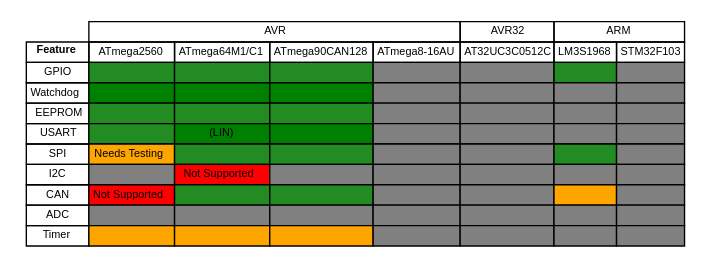
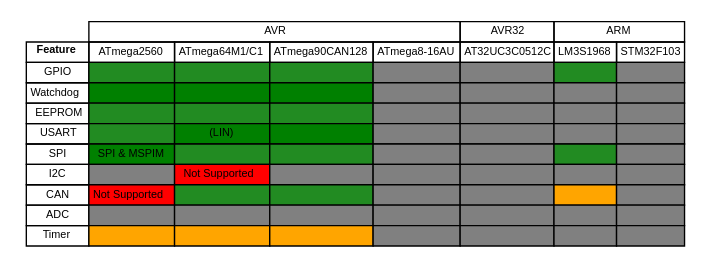
The diagram in doc/zim-valleyforge/HAL/img/support-table.dot (Aeronavics/ValleyForge), drawn with Graphviz before and after one commit. The commit also changed 3 other files, not shown here.

Commit message:
Tested MSPIM mode and fixed implementation so that it actually works. Support table updated to reflect that the SPI module is ready to use. The USART_INT_TX_COMPLETE interrupt now triggers on USART TXC, not UDR.

```diff
--- a/doc/zim-valleyforge/HAL/img/support-table.dot
+++ b/doc/zim-valleyforge/HAL/img/support-table.dot
@@ -1,123 +1,123 @@
 digraph structs {
 node [shape=plaintext]
 struct1 [label=<
 <FONT POINT-SIZE="8" FACE="sans-serif">
 <TABLE BORDER="0" CELLBORDER="1" CELLSPACING="0" CELLPADDING="2">
 
 <!-- Implemented and Tested: 	green -->
 <!-- Implemented: 		forestgreen -->
 <!-- Work-in-progress: 		orange -->
 <!-- Started: 			skyblue -->
 <!-- Not yet started: 		gray -->
 <!-- Not supported: 		red -->
 
 
 <tr><td color="white"></td>
 	<td colspan="4">AVR</td>
 	<td colspan="1">AVR32</td>
 	<td colspan="2">ARM</td>
 </tr>
 
 <tr><td><b>Feature</b></td>
 	<td>ATmega2560</td>
 	<td>ATmega64M1/C1</td>
 	<td>ATmega90CAN128</td>
 	<td>ATmega8-16AU</td>
 	<td>AT32UC3C0512C</td>
 	<td>LM3S1968</td>
 	<td>STM32F103</td>
 </tr>
 
 <tr><td>GPIO</td>
 	<td bgcolor="forestgreen"></td>
 	<td bgcolor="forestgreen"></td>
 	<td bgcolor="forestgreen"></td>
 	<td bgcolor="gray"></td>
 	<td bgcolor="gray"></td>
 	<td bgcolor="forestgreen"></td>
 	<td bgcolor="gray"></td>
 </tr>
 
 <tr><td>Watchdog</td>
 	<td bgcolor="green"></td>
 	<td bgcolor="green"></td>
 	<td bgcolor="green"></td>
 	<td bgcolor="gray"></td>
 	<td bgcolor="gray"></td>
 	<td bgcolor="gray"></td>
 	<td bgcolor="gray"></td>
 </tr>
 
 <tr><td>EEPROM</td>
 	<td bgcolor="forestgreen"></td>
 	<td bgcolor="forestgreen"></td>
 	<td bgcolor="forestgreen"></td>
 	<td bgcolor="gray"></td>
 	<td bgcolor="gray"></td>
 	<td bgcolor="gray"></td>
 	<td bgcolor="gray"></td>
 </tr>
 
 <tr><td>USART</td>
 	<td bgcolor="forestgreen"></td>
 	<td bgcolor="green">(LIN)</td>
 	<td bgcolor="green"></td>
 	<td bgcolor="gray"></td>
 	<td bgcolor="gray"></td>
 	<td bgcolor="gray"></td>
 	<td bgcolor="gray"></td>
 </tr>
 
 <tr><td>SPI</td>
-	<td bgcolor="orange">Needs Testing</td>
+	<td bgcolor="green">SPI &amp; MSPIM</td>
 	<td bgcolor="forestgreen"></td>
 	<td bgcolor="forestgreen"></td>
 	<td bgcolor="gray"></td>
 	<td bgcolor="gray"></td>
 	<td bgcolor="forestgreen"></td>
 	<td bgcolor="gray"></td>
 </tr>
 
 <tr><td>I2C</td>
 	<td bgcolor="gray"></td>
 	<td bgcolor="red">Not Supported</td>
 	<td bgcolor="gray"></td>
 	<td bgcolor="gray"></td>
 	<td bgcolor="gray"></td>
 	<td bgcolor="gray"></td>
 	<td bgcolor="gray"></td>
 </tr>
 
 <tr><td>CAN</td>
 	<td bgcolor="red">Not Supported</td>
 	<td bgcolor="forestgreen"></td>
 	<td bgcolor="forestgreen"></td>
 	<td bgcolor="gray"></td>
 	<td bgcolor="gray"></td>
 	<td bgcolor="orange"></td>
 	<td bgcolor="gray"></td>
 </tr>
 
 <tr><td>ADC</td>
 	<td bgcolor="gray"></td>
 	<td bgcolor="gray"></td>
 	<td bgcolor="gray"></td>
 	<td bgcolor="gray"></td>
 	<td bgcolor="gray"></td>
 	<td bgcolor="gray"></td>
 	<td bgcolor="gray"></td>
 </tr>
 
 <tr><td>Timer</td>
 	<td bgcolor="orange"></td>
 	<td bgcolor="orange"></td>
 	<td bgcolor="orange"></td>
 	<td bgcolor="gray"></td>
 	<td bgcolor="gray"></td>
 	<td bgcolor="gray"></td>
 	<td bgcolor="gray"></td>
 </tr>
 
 </TABLE></FONT>
 >];
 }
```
